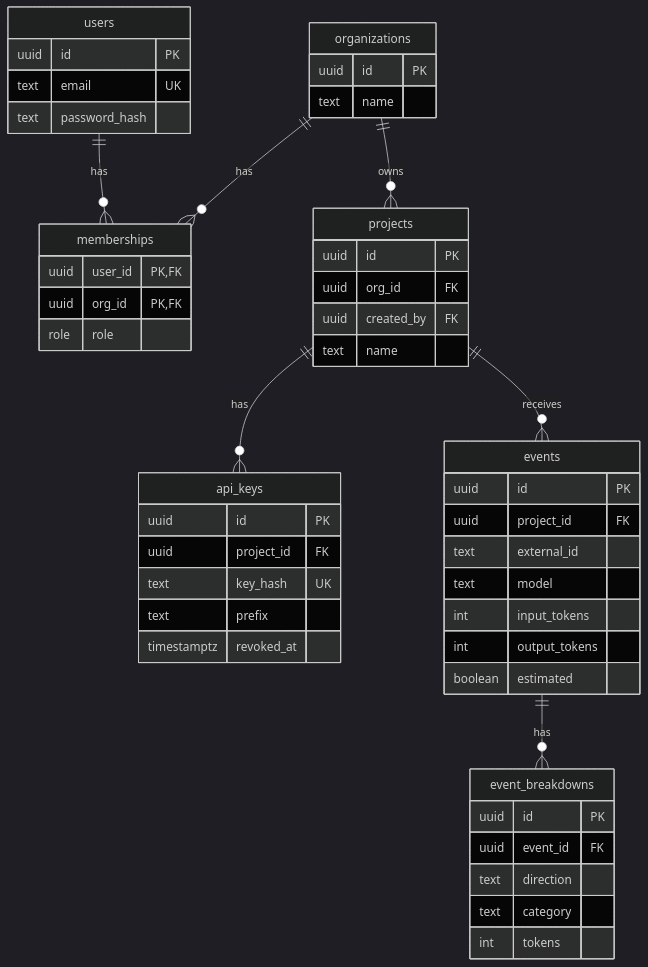
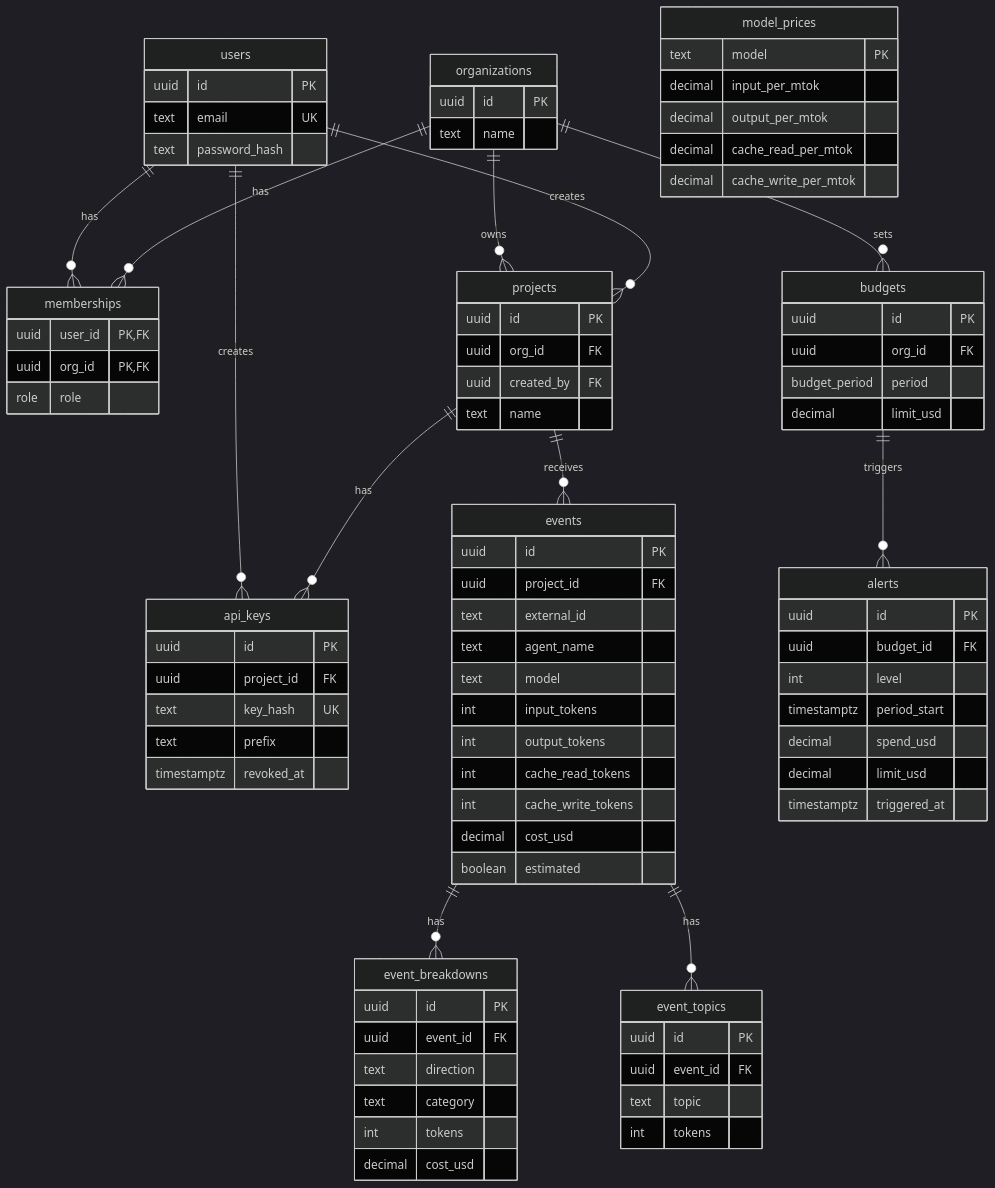
One commit to RipZou/TokenLens changed the diagram in docs/database.md. Above: the diagram before and after it, drawn with Mermaid (dark theme).

Commit message:
docs(docs): add budgets, prices, alerts, and topics to the schema diagram

````diff
--- a/docs/database.md
+++ b/docs/database.md
@@ -7,9 +7,14 @@
     users ||--o{ memberships : has
     organizations ||--o{ memberships : has
     organizations ||--o{ projects : owns
+    users ||--o{ projects : creates
+    users ||--o{ api_keys : creates
     projects ||--o{ api_keys : has
     projects ||--o{ events : receives
     events ||--o{ event_breakdowns : has
+    events ||--o{ event_topics : has
+    organizations ||--o{ budgets : sets
+    budgets ||--o{ alerts : triggers
 
     users {
         uuid id PK
@@ -42,9 +47,13 @@
         uuid id PK
         uuid project_id FK
         text external_id
+        text agent_name
         text model
         int input_tokens
         int output_tokens
+        int cache_read_tokens
+        int cache_write_tokens
+        decimal cost_usd
         boolean estimated
     }
     event_breakdowns {
@@ -53,5 +62,34 @@
         text direction
         text category
         int tokens
+        decimal cost_usd
+    }
+    event_topics {
+        uuid id PK
+        uuid event_id FK
+        text topic
+        int tokens
+    }
+    model_prices {
+        text model PK
+        decimal input_per_mtok
+        decimal output_per_mtok
+        decimal cache_read_per_mtok
+        decimal cache_write_per_mtok
+    }
+    budgets {
+        uuid id PK
+        uuid org_id FK
+        budget_period period
+        decimal limit_usd
+    }
+    alerts {
+        uuid id PK
+        uuid budget_id FK
+        int level
+        timestamptz period_start
+        decimal spend_usd
+        decimal limit_usd
+        timestamptz triggered_at
     }
 ```
````
